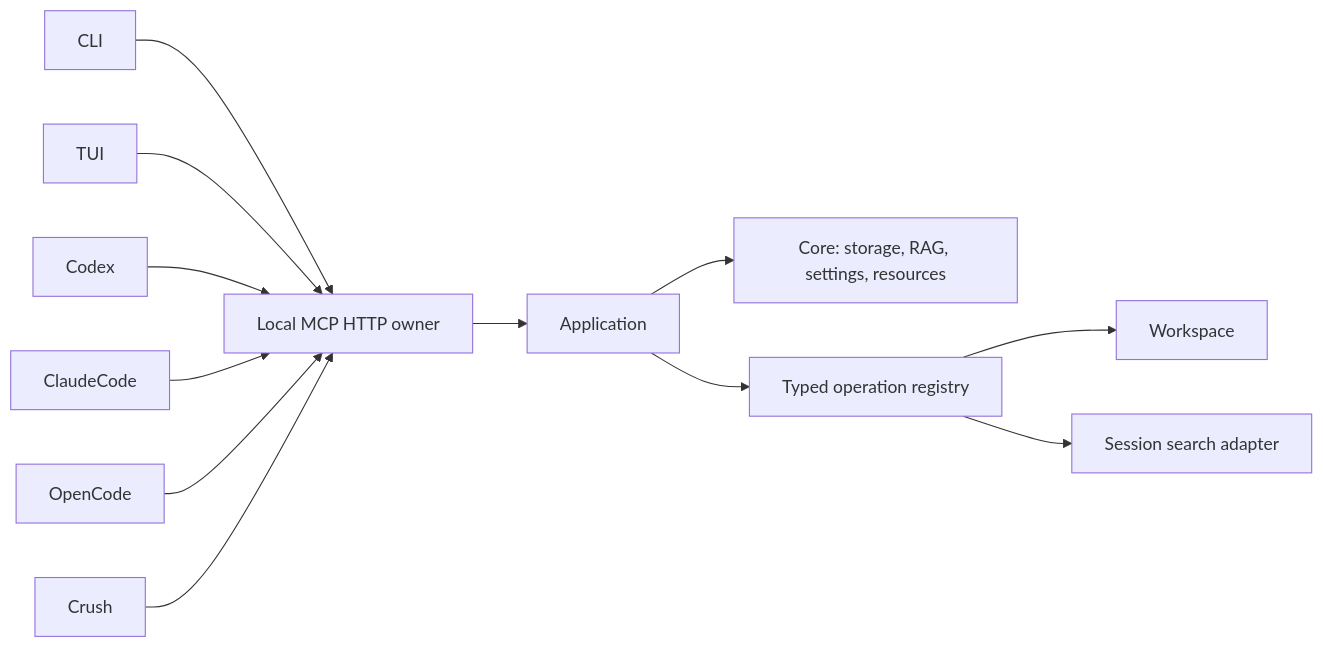
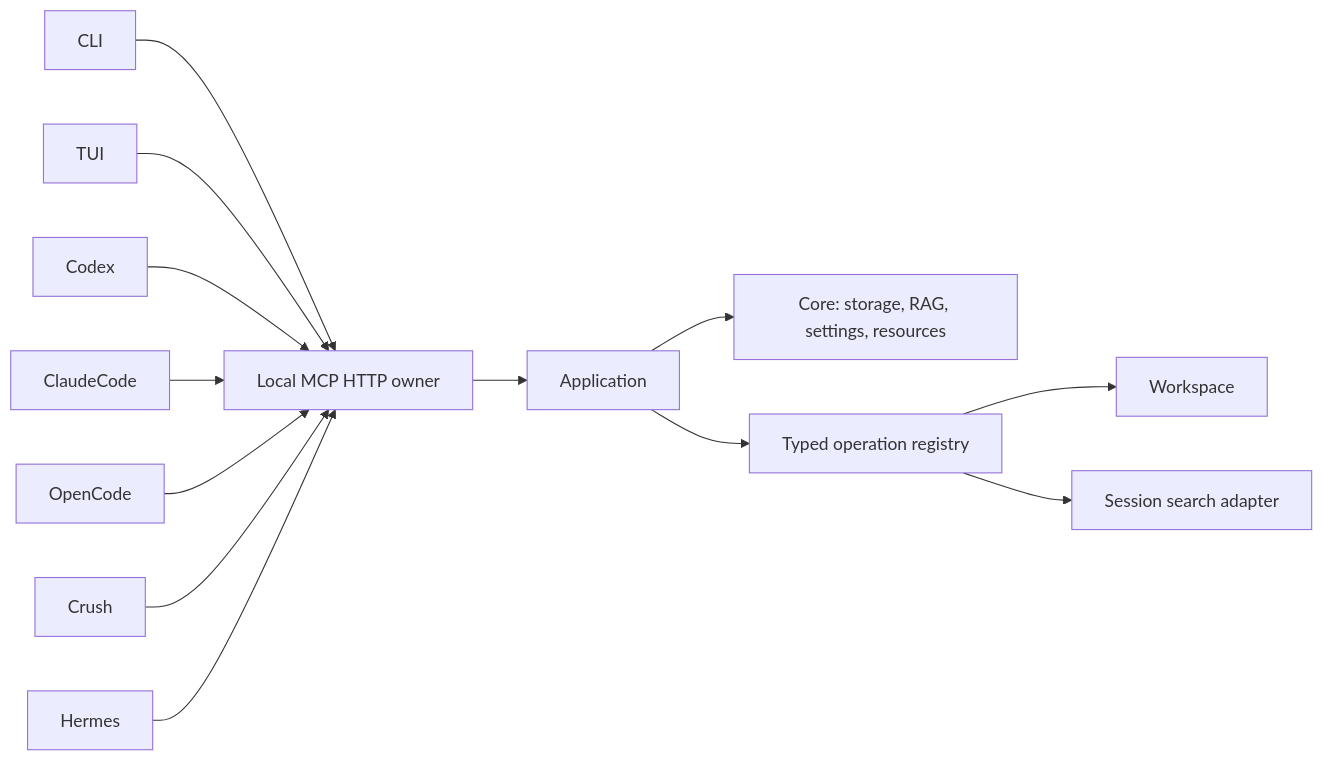
Before and after one commit to pikiby/contextopus-core: the diagram in docs/architecture.md, drawn with Mermaid. The commit also changed 19 other files, not shown here.

````diff
--- a/docs/architecture.md
+++ b/docs/architecture.md
@@ -3,14 +3,15 @@
 ```mermaid
 flowchart LR
     CLI --> Service
     TUI --> Service
     Codex --> Service
     ClaudeCode --> Service
     OpenCode --> Service
     Crush --> Service
+    Hermes --> Service
     Service[Local MCP HTTP owner] --> Application
     Application --> Core[Core: storage, RAG, settings, resources]
     Application --> Registry[Typed operation registry]
     Registry --> Workspace
     Registry --> SessionSearch[Session search adapter]
 ```
````
